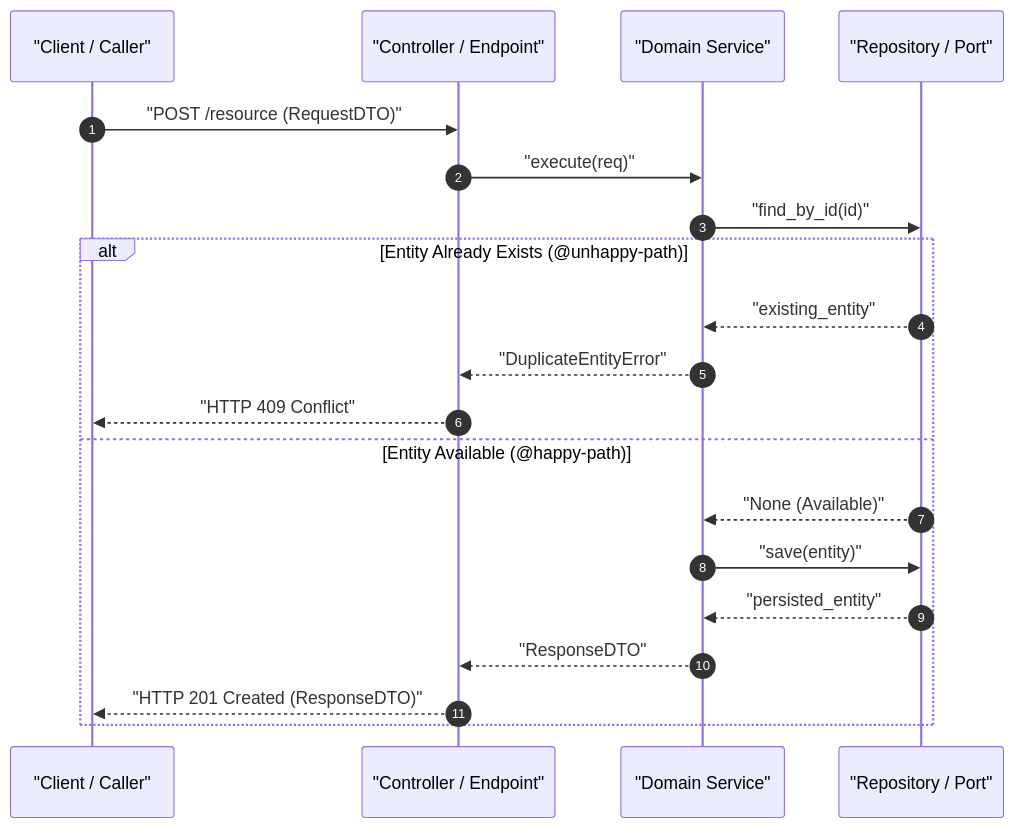
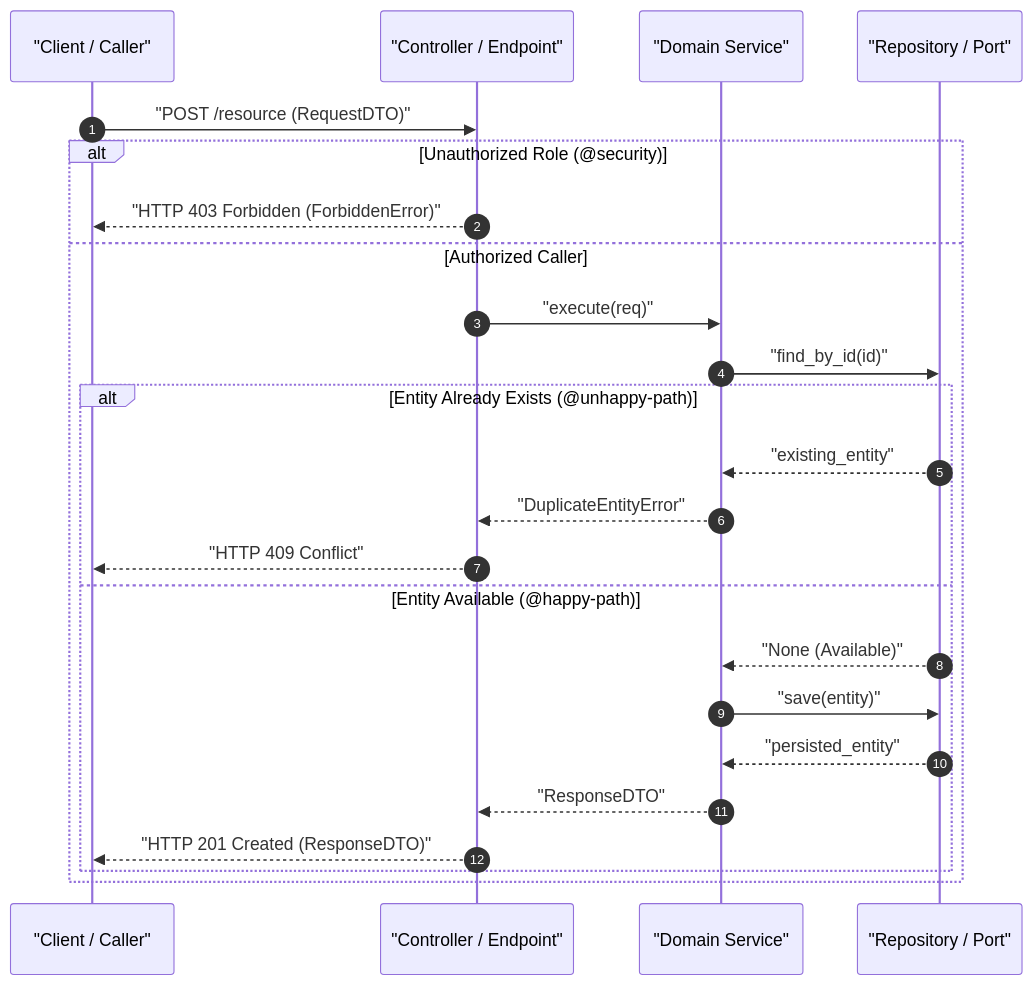
One commit to MarcosVeniciu/antigravity-agentic-skills changed the first of 2 diagrams in skills/plan/resources/plan-template.md. Above: the diagram before and after it, drawn with Mermaid. The commit also changed other lines of this file and 71 other files, not shown here.

````diff
--- a/skills/plan/resources/plan-template.md
+++ b/skills/plan/resources/plan-template.md
@@ -84,23 +90,27 @@
 ```mermaid
 sequenceDiagram
     autonumber
     participant Client as "Client / Caller"
     participant API as "Controller / Endpoint"
     participant Service as "Domain Service"
     participant Port as "Repository / Port"
     
     Client->>API: "POST /resource (RequestDTO)"
-    API->>Service: "execute(req)"
-    Service->>Port: "find_by_id(id)"
-    alt Entity Already Exists (@unhappy-path)
-        Port-->>Service: "existing_entity"
-        Service-->>API: "DuplicateEntityError"
-        API-->>Client: "HTTP 409 Conflict"
-    else Entity Available (@happy-path)
-        Port-->>Service: "None (Available)"
-        Service->>Port: "save(entity)"
-        Port-->>Service: "persisted_entity"
-        Service-->>API: "ResponseDTO"
-        API-->>Client: "HTTP 201 Created (ResponseDTO)"
+    alt Unauthorized Role (@security)
+        API-->>Client: "HTTP 403 Forbidden (ForbiddenError)"
+    else Authorized Caller
+        API->>Service: "execute(req)"
+        Service->>Port: "find_by_id(id)"
+        alt Entity Already Exists (@unhappy-path)
+            Port-->>Service: "existing_entity"
+            Service-->>API: "DuplicateEntityError"
+            API-->>Client: "HTTP 409 Conflict"
+        else Entity Available (@happy-path)
+            Port-->>Service: "None (Available)"
+            Service->>Port: "save(entity)"
+            Port-->>Service: "persisted_entity"
+            Service-->>API: "ResponseDTO"
+            API-->>Client: "HTTP 201 Created (ResponseDTO)"
+        end
     end
 ```
````
